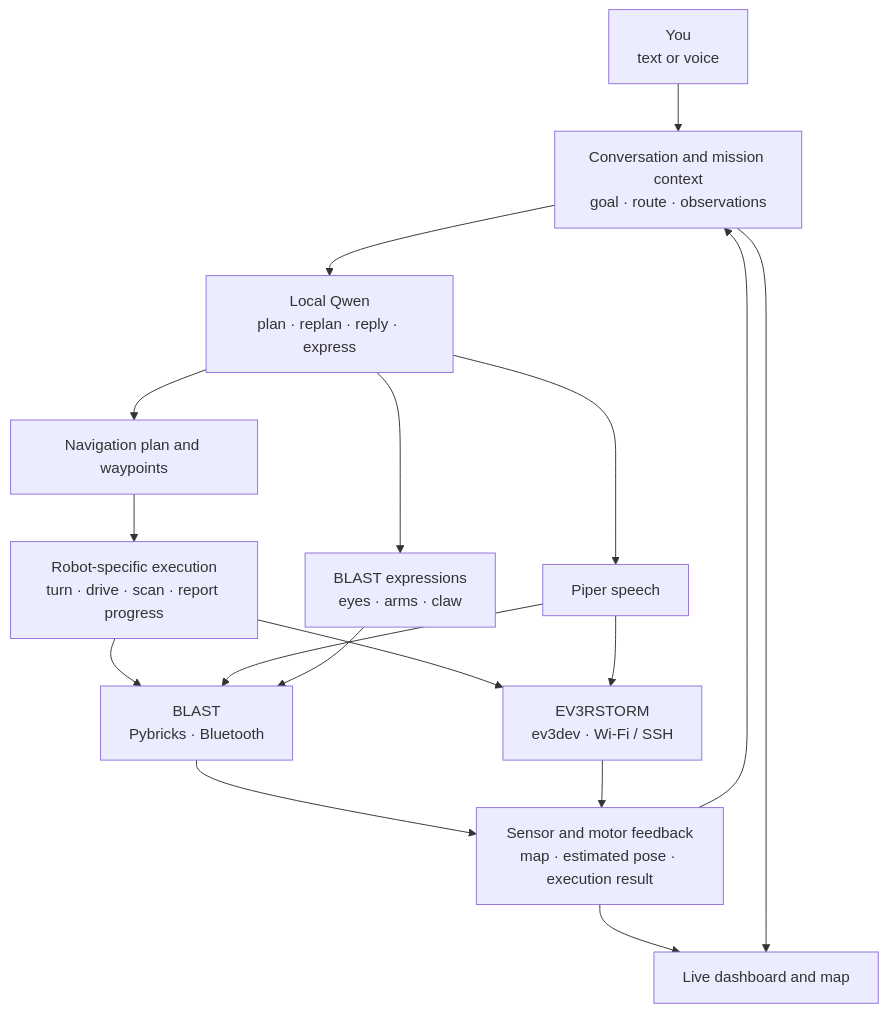
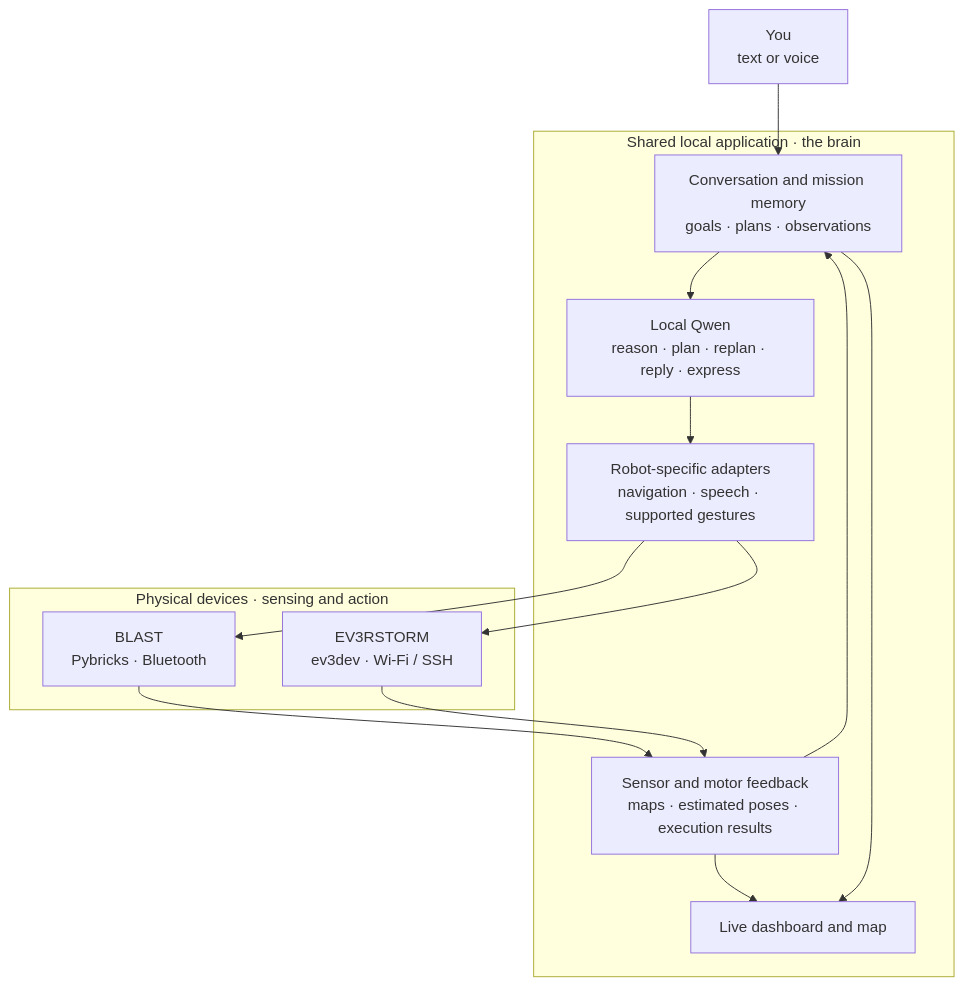
One commit to Jawbreaker1/robot-llm changed the diagram in README.md. Above: the diagram before and after it, drawn with Mermaid. The commit also changed other lines of this file and 16 other files, not shown here.

First line of the commit message:
Improve BLAST mission completion and expressive behavior

````diff
--- a/README.md
+++ b/README.md
@@ -74,19 +106,20 @@
 ```mermaid
 flowchart TD
-    U["You<br/>text or voice"] --> H["Conversation and mission context<br/>goal · route · observations"]
-    H --> Q["Local Qwen<br/>plan · replan · reply · express"]
-    Q --> P["Navigation plan and waypoints"]
-    P --> X["Robot-specific execution<br/>turn · drive · scan · report progress"]
-    X --> B["BLAST<br/>Pybricks · Bluetooth"]
-    X --> E["EV3RSTORM<br/>ev3dev · Wi-Fi / SSH"]
-    Q --> T["Piper speech"]
-    T --> B
-    T --> E
-    Q --> G["BLAST expressions<br/>eyes · arms · claw"]
-    G --> B
-    B --> O["Sensor and motor feedback<br/>map · estimated pose · execution result"]
+    U["You<br/>text or voice"] --> H
+    subgraph APP["Shared local application · the brain"]
+        H["Conversation and mission memory<br/>goals · plans · observations"]
+        H --> Q["Local Qwen<br/>reason · plan · replan · reply · express"]
+        Q --> X["Robot-specific adapters<br/>navigation · speech · supported gestures"]
+        O["Sensor and motor feedback<br/>maps · estimated poses · execution results"] --> H
+        O --> D["Live dashboard and map"]
+        H --> D
+    end
+    subgraph BODIES["Physical devices · sensing and action"]
+        B["BLAST<br/>Pybricks · Bluetooth"]
+        E["EV3RSTORM<br/>ev3dev · Wi-Fi / SSH"]
+    end
+    X --> B
+    X --> E
+    B --> O
     E --> O
-    O --> H
-    O --> D["Live dashboard and map"]
-    H --> D
 ```
````
